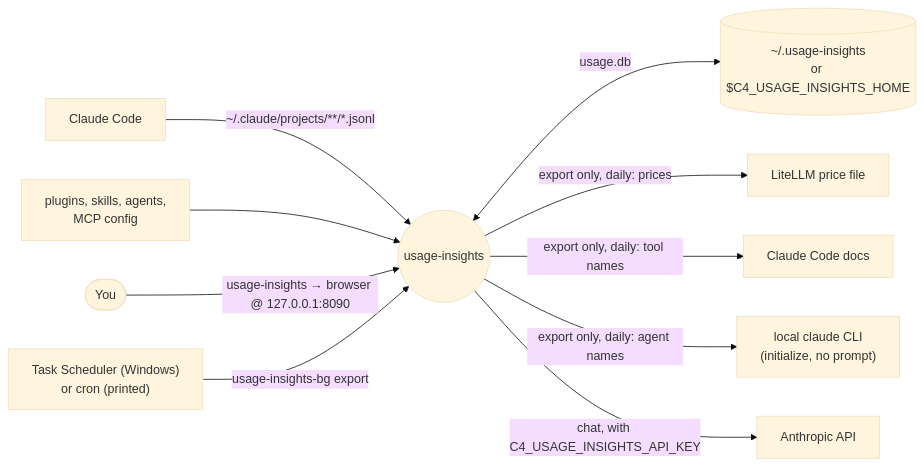
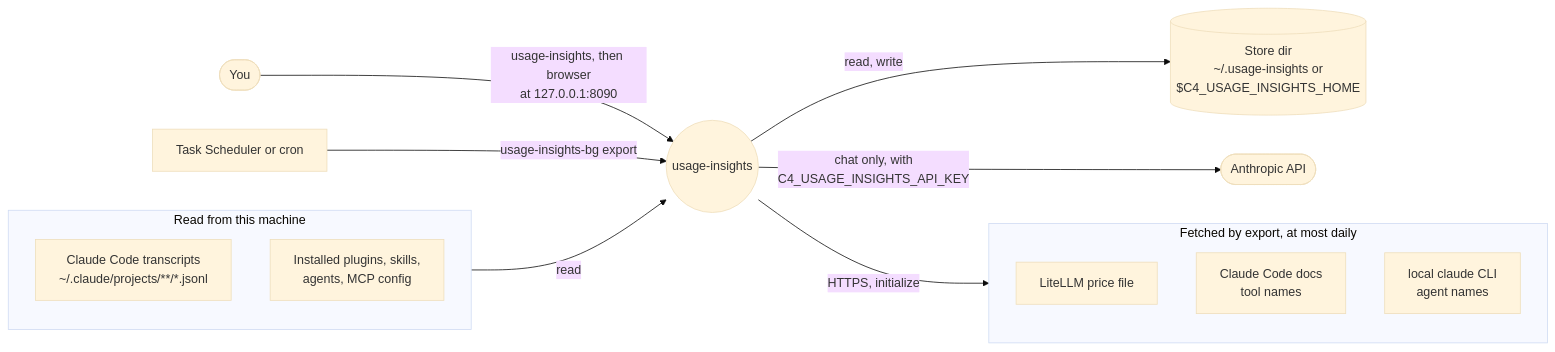
Before and after one commit to cheneeheng/claude-code-command-center: the second of 7 diagrams in apps/usage-insights/product/ARCHITECTURE.md, drawn with Mermaid (base theme). The commit also changed other lines of this file, not shown here.

First line of the commit message:
docs(usage-insights): restructure ARCHITECTURE.md for new readers

````diff
--- a/apps/usage-insights/product/ARCHITECTURE.md
+++ b/apps/usage-insights/product/ARCHITECTURE.md
@@ -13,12 +53,22 @@
 ```mermaid
 flowchart LR
-    cc["Claude Code"] -->|"~/.claude/projects/**/*.jsonl"| app((usage-insights))
-    cfg["plugins, skills, agents,<br/>MCP config"] --> app
-    app <-->|"usage.db"| db[("~/.usage-insights<br/>or $C4_USAGE_INSIGHTS_HOME")]
-    you([You]) -->|"usage-insights → browser @ 127.0.0.1:8090"| app
-    task["Task Scheduler (Windows)<br/>or cron (printed)"] -->|"usage-insights-bg export"| app
-    app -->|"export only, daily: prices"| ll["LiteLLM price file"]
-    app -->|"export only, daily: tool names"| docs["Claude Code docs"]
-    app -->|"export only, daily: agent names"| cli["local claude CLI<br/>(initialize, no prompt)"]
-    app -->|"chat, with C4_USAGE_INSIGHTS_API_KEY"| api["Anthropic API"]
+    you([You]) -->|"usage-insights, then browser<br/>at 127.0.0.1:8090"| app((usage-insights))
+    task["Task Scheduler or cron"] -->|"usage-insights-bg export"| app
+
+    subgraph disk [Read from this machine]
+        cc["Claude Code transcripts<br/>~/.claude/projects/**/*.jsonl"]
+        cfg["Installed plugins, skills,<br/>agents, MCP config"]
+    end
+    disk -->|read| app
+
+    app -->|"read, write"| home[("Store dir<br/>~/.usage-insights or<br/>$C4_USAGE_INSIGHTS_HOME")]
+
+    subgraph net [Fetched by export, at most daily]
+        ll["LiteLLM price file"]
+        docs["Claude Code docs<br/>tool names"]
+        cli["local claude CLI<br/>agent names"]
+    end
+    app -->|"HTTPS, initialize"| net
+
+    app -->|"chat only, with<br/>C4_USAGE_INSIGHTS_API_KEY"| api([Anthropic API])
 ```
````
